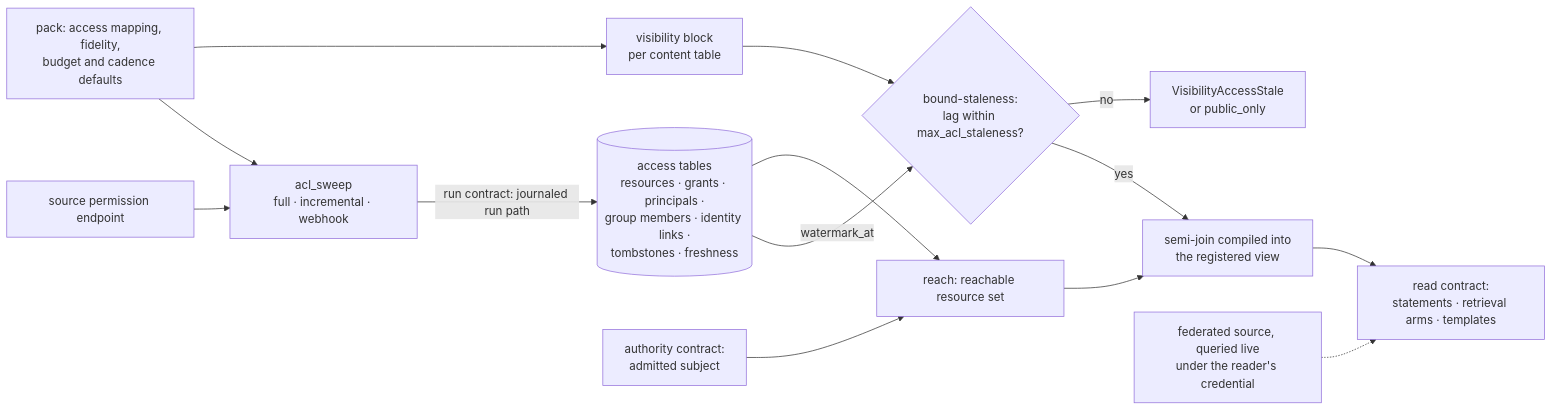
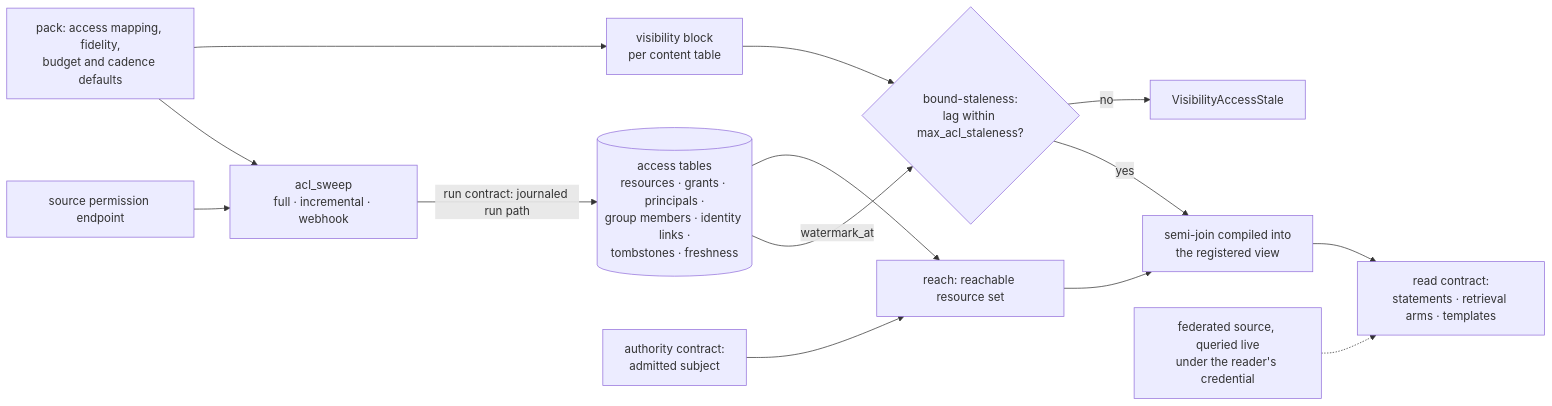
The first of 3 diagrams in spec/60-visibility.md (fractalboxdev/contextful), drawn with Mermaid before and after one commit. The commit also changed other lines of this file and 7 other files, not shown here.

````diff
--- a/spec/60-visibility.md
+++ b/spec/60-visibility.md
@@ -21,16 +21,16 @@
 ```mermaid
 flowchart LR
   PACK["pack: access mapping, fidelity,<br/>budget and cadence defaults"] --> VB["visibility block<br/>per content table"]
   PACK --> SWEEP
   SRC["source permission endpoint"] --> SWEEP["acl_sweep<br/>full · incremental · webhook"]
   SWEEP -- "run contract: journaled run path" --> AT[("access tables<br/>resources · grants · principals ·<br/>group members · identity links ·<br/>tombstones · freshness")]
   AA["authority contract:<br/>admitted subject"] --> REACH["reach: reachable resource set"]
   AT --> REACH
   AT -- "watermark_at" --> STALE{"bound-staleness:<br/>lag within max_acl_staleness?"}
   VB --> STALE
-  STALE -- no --> DEG["VisibilityAccessStale<br/>or public_only"]
+  STALE -- no --> DEG["VisibilityAccessStale"]
   STALE -- yes --> SJ["semi-join compiled into<br/>the registered view"]
   REACH --> SJ
   SJ --> READ["read contract:<br/>statements · retrieval arms · templates"]
   FED["federated source, queried live<br/>under the reader's credential"] -.-> READ
 ```
````
